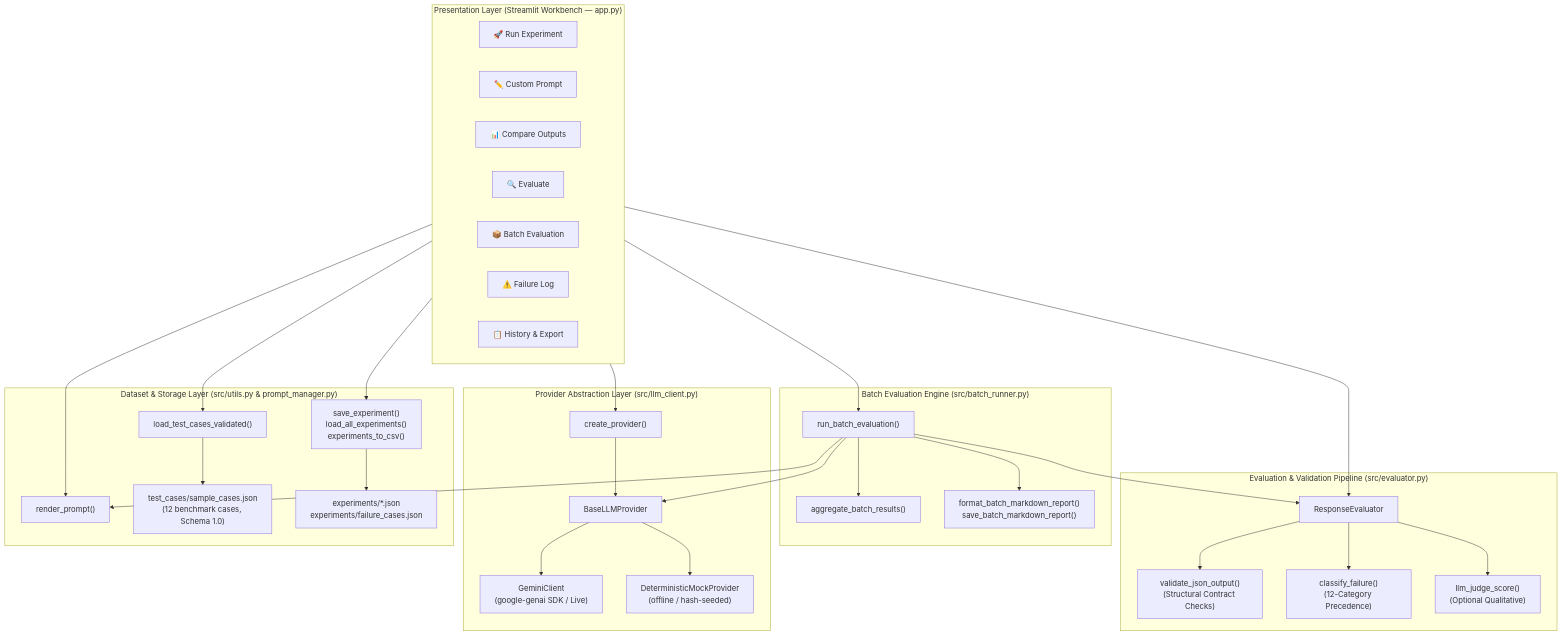
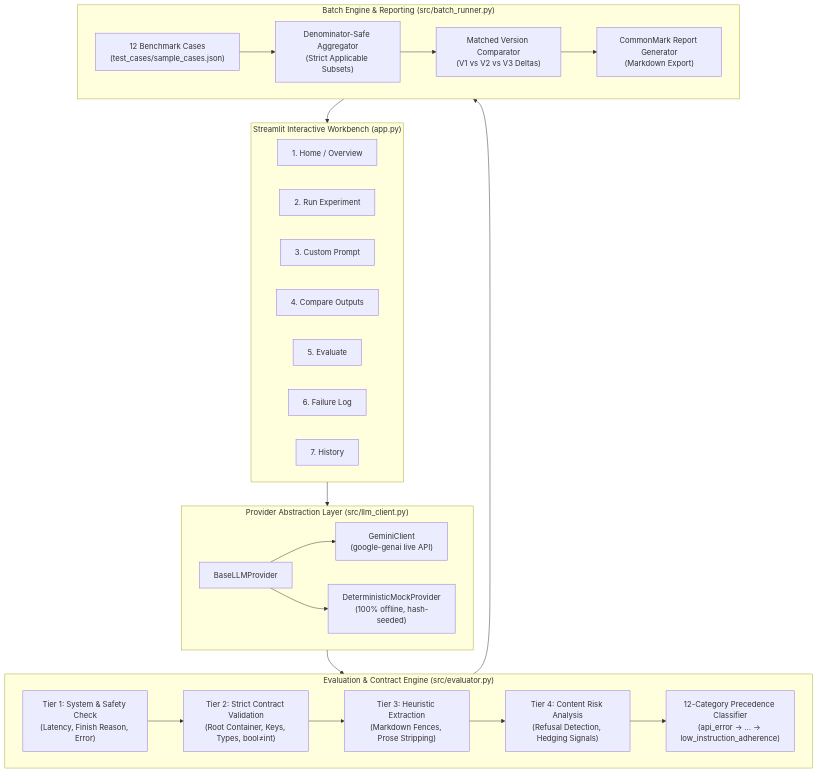
Before and after one commit to himani-2-git/GenAI-Prompt-Evaluation-Lab: the diagram in README.md, drawn with Mermaid. The commit also changed other lines of this file and 7 other files, not shown here.

````diff
--- a/README.md
+++ b/README.md
@@ -165,60 +119,44 @@
 ```mermaid
 flowchart TD
-    subgraph UI ["Presentation Layer (Streamlit Workbench — app.py)"]
-        UI1["🚀 Run Experiment"]
-        UI2["✏️ Custom Prompt"]
-        UI3["📊 Compare Outputs"]
-        UI4["🔍 Evaluate"]
-        UI5["📦 Batch Evaluation"]
-        UI6["⚠️ Failure Log"]
-        UI7["📋 History & Export"]
+    subgraph UI["Streamlit Interactive Workbench (app.py)"]
+        V1["1. Home / Overview"]
+        V2["2. Run Experiment"]
+        V3["3. Custom Prompt"]
+        V4["4. Compare Outputs"]
+        V5["5. Evaluate"]
+        V6["6. Failure Log"]
+        V7["7. History"]
     end
 
-    subgraph Providers ["Provider Abstraction Layer (src/llm_client.py)"]
+    subgraph LLM["Provider Abstraction Layer (src/llm_client.py)"]
         BASE["BaseLLMProvider"]
-        GEMINI["GeminiClient\n(google-genai SDK / Live)"]
-        MOCK["DeterministicMockProvider\n(offline / hash-seeded)"]
-        FACTORY["create_provider()"]
-        BASE --> GEMINI
+        LIVE["GeminiClient<br/>(google-genai live API)"]
+        MOCK["DeterministicMockProvider<br/>(100% offline, hash-seeded)"]
+        BASE --> LIVE
         BASE --> MOCK
-        FACTORY --> BASE
     end
 
-    subgraph Batch ["Batch Evaluation Engine (src/batch_runner.py)"]
-        BRUN["run_batch_evaluation()"]
-        BAGG["aggregate_batch_results()"]
-        BREP["format_batch_markdown_report()\nsave_batch_markdown_report()"]
-        BRUN --> BAGG
-        BRUN --> BREP
+    subgraph EVAL["Evaluation & Contract Engine (src/evaluator.py)"]
+        T1["Tier 1: System & Safety Check<br/>(Latency, Finish Reason, Error)"]
+        T2["Tier 2: Strict Contract Validation<br/>(Root Container, Keys, Types, bool≠int)"]
+        T3["Tier 3: Heuristic Extraction<br/>(Markdown Fences, Prose Stripping)"]
+        T4["Tier 4: Content Risk Analysis<br/>(Refusal Detection, Hedging Signals)"]
+        TAX["12-Category Precedence Classifier<br/>(api_error → ... → low_instruction_adherence)"]
+
+        T1 --> T2 --> T3 --> T4 --> TAX
     end
 
-    subgraph Eval ["Evaluation & Validation Pipeline (src/evaluator.py)"]
-        REVAL["ResponseEvaluator"]
-        VJSON["validate_json_output()\n(Structural Contract Checks)"]
-        FAIL["classify_failure()\n(12-Category Precedence)"]
-        JUDGE["llm_judge_score()\n(Optional Qualitative)"]
-        REVAL --> VJSON
-        REVAL --> FAIL
-        REVAL --> JUDGE
+    subgraph BATCH["Batch Engine & Reporting (src/batch_runner.py)"]
+        SUITE["12 Benchmark Cases<br/>(test_cases/sample_cases.json)"]
+        DENOM["Denominator-Safe Aggregator<br/>(Strict Applicable Subsets)"]
+        MATCH["Matched Version Comparator<br/>(V1 vs V2 vs V3 Deltas)"]
+        REPORT["CommonMark Report Generator<br/>(Markdown Export)"]
+
+        SUITE --> DENOM --> MATCH --> REPORT
     end
 
-    subgraph Data ["Dataset & Storage Layer (src/utils.py & prompt_manager.py)"]
-        LOAD["load_test_cases_validated()"]
-        RENDER["render_prompt()"]
-        STORE["save_experiment()\nload_all_experiments()\nexperiments_to_csv()"]
-        TC["test_cases/sample_cases.json\n(12 benchmark cases, Schema 1.0)"]
-        EXP["experiments/*.json\nexperiments/failure_cases.json"]
-        LOAD --> TC
-        STORE --> EXP
-    end
-
-    UI --> FACTORY
-    UI --> BRUN
-    UI --> REVAL
-    UI --> LOAD
-    UI --> RENDER
-    UI --> STORE
-    BRUN --> BASE
-    BRUN --> REVAL
-    BRUN --> RENDER
+    UI --> LLM
+    LLM --> EVAL
+    EVAL --> BATCH
+    BATCH --> UI
 ```
````
